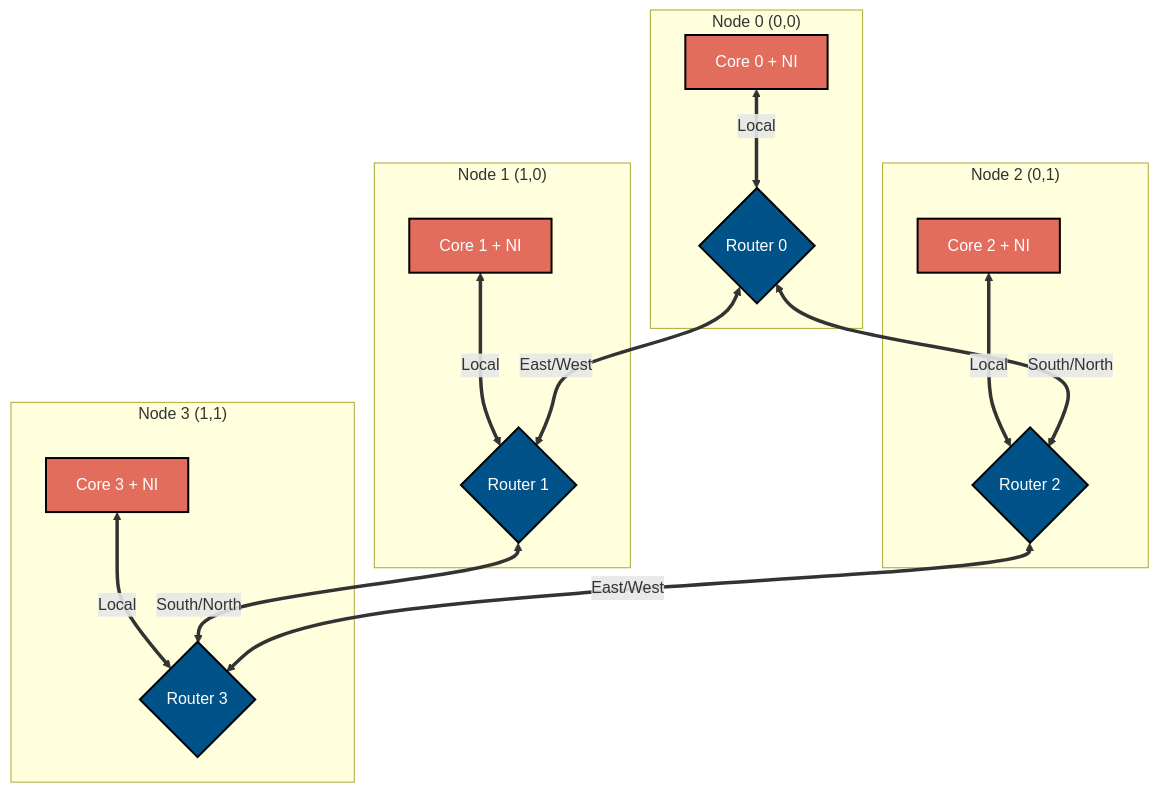
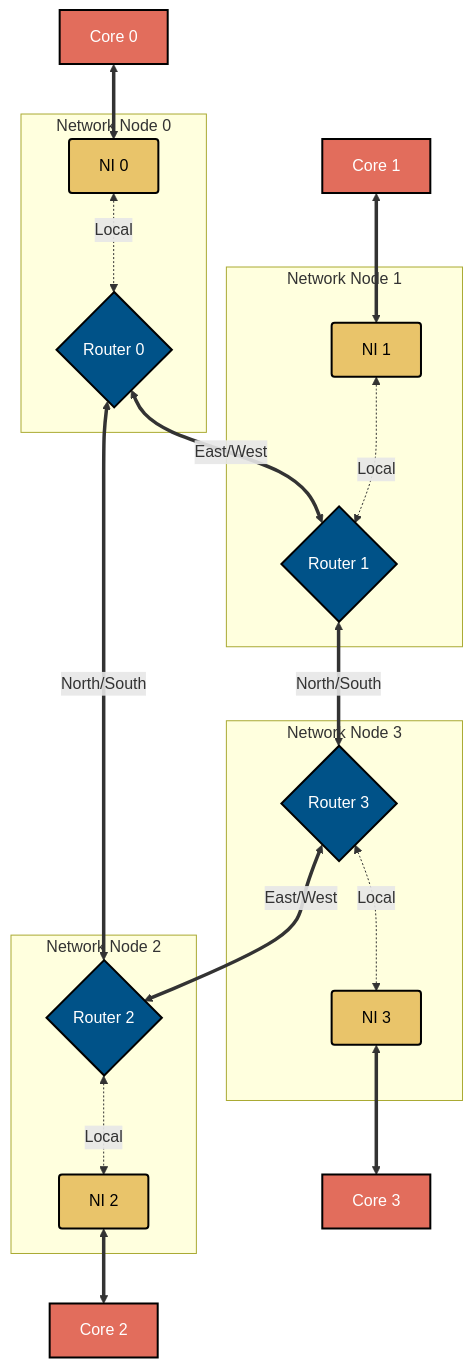
Before and after one commit to talsania/network-on-chip: the first of 2 diagrams in README.md, drawn with Mermaid. The commit also changed other lines of this file, not shown here.

````diff
--- a/README.md
+++ b/README.md
@@ -25,33 +33,43 @@
 ```mermaid
 graph TD
-    %% Node 0
-    subgraph Node0 ["Node 0 (0,0)"]
-        C0[Core 0 + NI] <==>|Local| R0{Router 0}
+    %% TOP HALF: Cores feed DOWN into Routers
+    C0[Core 0] <==> NI0
+    subgraph Tile0 ["Network Node 0"]
+        NI0[NI 0] <-.->|Local| R0{Router 0}
     end
 
-    %% Node 1
-    subgraph Node1 ["Node 1 (1,0)"]
-        C1[Core 1 + NI] <==>|Local| R1{Router 1}
+    C1[Core 1] <==> NI1
+    subgraph Tile1 ["Network Node 1"]
+        NI1[NI 1] <-.->|Local| R1{Router 1}
     end
 
-    %% Node 2
-    subgraph Node2 ["Node 2 (0,1)"]
-        C2[Core 2 + NI] <==>|Local| R2{Router 2}
+    %% CENTER RING: Horizontal links
+    R0 <==>|East/West| R1
+    
+    %% CENTER RING: Vertical links
+    R0 <==>|North/South| R2
+    R1 <==>|North/South| R3
+
+    %% CENTER RING: Horizontal links
+    R3 <==>|East/West| R2
+
+    %% BOTTOM HALF: Routers feed DOWN into Cores
+    subgraph Tile3 ["Network Node 3"]
+        R3{Router 3} <-.->|Local| NI3[NI 3]
     end
+    NI3 <==> C3[Core 3]
 
-    %% Node 3
-    subgraph Node3 ["Node 3 (1,1)"]
-        C3[Core 3 + NI] <==>|Local| R3{Router 3}
+    subgraph Tile2 ["Network Node 2"]
+        R2{Router 2} <-.->|Local| NI2[NI 2]
     end
+    NI2 <==> C2[Core 2]
 
-    %% Fabric Connections
-    R0 <==>|East/West| R1
-    R0 <==>|South/North| R2
-    R1 <==>|South/North| R3
-    R2 <==>|East/West| R3
-
+    %% Styling
     classDef router fill:#005288,stroke:#000,stroke-width:2px,color:#fff,rx:5px,ry:5px;
     classDef core fill:#e26d5c,stroke:#000,stroke-width:2px,color:#fff;
+    classDef ni fill:#e9c46a,stroke:#000,stroke-width:2px,color:#000,rx:3px,ry:3px;
+    
     class R0,R1,R2,R3 router;
     class C0,C1,C2,C3 core;
+    class NI0,NI1,NI2,NI3 ni;
 ```
````
